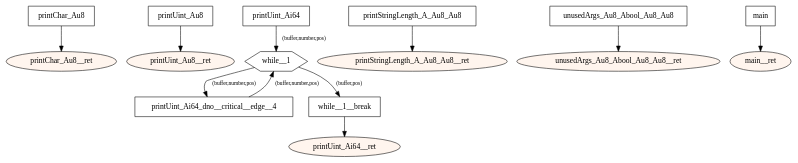
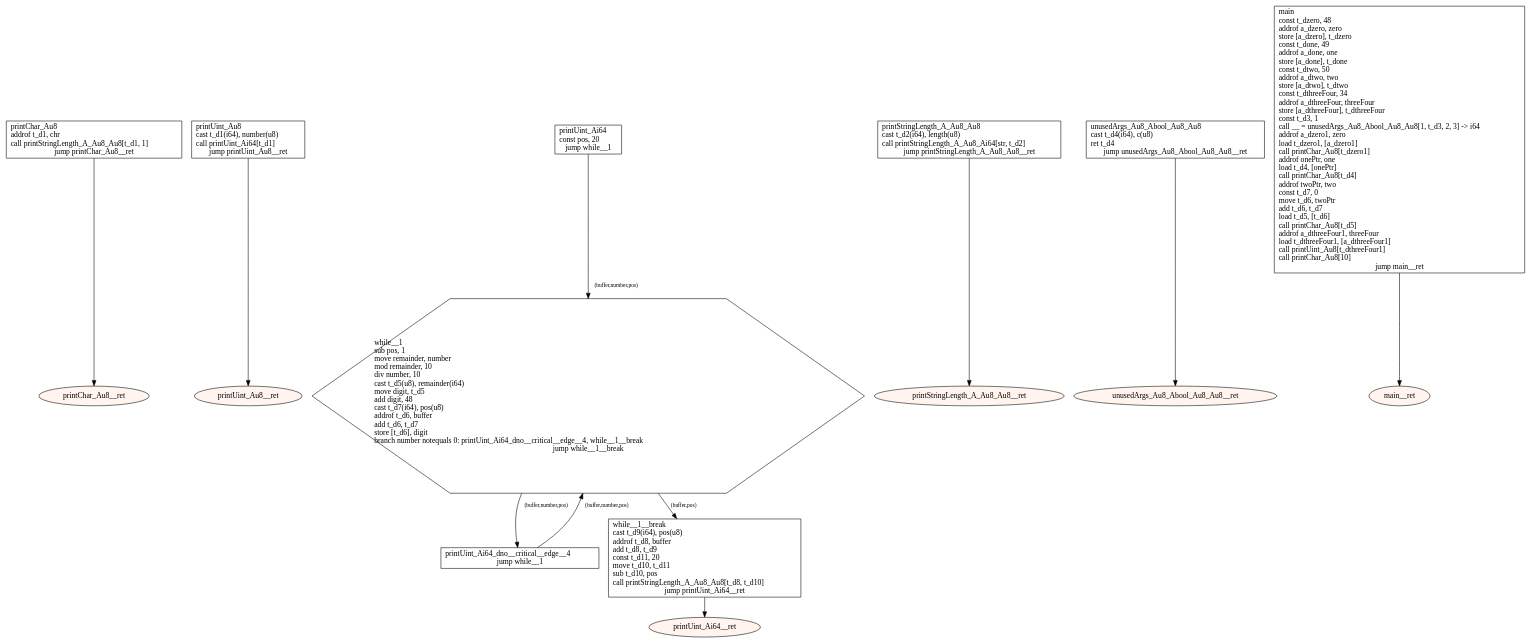
Before and after one commit to tmssngr/tinyC: the diagram in src/main/resources-test/compiler/windows/basics.dot, drawn with Graphviz. The commit also changed 23 other files, not shown here.

```diff
--- a/src/main/resources-test/compiler/windows/basics.dot
+++ b/src/main/resources-test/compiler/windows/basics.dot
@@ -1,40 +1,40 @@
 digraph program {
 	edge[fontsize="10pt"];
 	subgraph fn_printChar_Au8 {
-		BasicBlock_0_printChar_Au8 [label="printChar_Au8",shape=box];
+		BasicBlock_0_printChar_Au8 [label="printChar_Au8\laddrof t_d1, chr\lcall printStringLength_A_Au8_Au8[t_d1, 1]\ljump printChar_Au8__ret",shape=box];
 		BasicBlock_0_printChar_Au8 -> BasicBlock_0_printChar_Au8__ret;
 		BasicBlock_0_printChar_Au8__ret [label="printChar_Au8__ret",shape=oval,style=filled,fillcolor="#fff5ee"];
 	}
 	subgraph fn_printUint_Au8 {
-		BasicBlock_1_printUint_Au8 [label="printUint_Au8",shape=box];
+		BasicBlock_1_printUint_Au8 [label="printUint_Au8\lcast t_d1(i64), number(u8)\lcall printUint_Ai64[t_d1]\ljump printUint_Au8__ret",shape=box];
 		BasicBlock_1_printUint_Au8 -> BasicBlock_1_printUint_Au8__ret;
 		BasicBlock_1_printUint_Au8__ret [label="printUint_Au8__ret",shape=oval,style=filled,fillcolor="#fff5ee"];
 	}
 	subgraph fn_printUint_Ai64 {
-		BasicBlock_2_printUint_Ai64 [label="printUint_Ai64",shape=box];
+		BasicBlock_2_printUint_Ai64 [label="printUint_Ai64\lconst pos, 20\ljump while__1",shape=box];
 		BasicBlock_2_printUint_Ai64 -> BasicBlock_2_while__1 [label="(buffer,number,pos)"];
-		BasicBlock_2_printUint_Ai64_dno__critical__edge__4 [label="printUint_Ai64_dno__critical__edge__4",shape=box];
+		BasicBlock_2_printUint_Ai64_dno__critical__edge__4 [label="printUint_Ai64_dno__critical__edge__4\ljump while__1",shape=box];
 		BasicBlock_2_printUint_Ai64_dno__critical__edge__4 -> BasicBlock_2_while__1 [label="(buffer,number,pos)"];
-		BasicBlock_2_while__1 [label="while__1",shape=hexagon];
+		BasicBlock_2_while__1 [label="while__1\lsub pos, 1\lmove remainder, number\lmod remainder, 10\ldiv number, 10\lcast t_d5(u8), remainder(i64)\lmove digit, t_d5\ladd digit, 48\lcast t_d7(i64), pos(u8)\laddrof t_d6, buffer\ladd t_d6, t_d7\lstore [t_d6], digit\lbranch number notequals 0: printUint_Ai64_dno__critical__edge__4, while__1__break\ljump while__1__break",shape=hexagon];
 		BasicBlock_2_while__1 -> BasicBlock_2_printUint_Ai64_dno__critical__edge__4 [label="(buffer,number,pos)"];
 		BasicBlock_2_while__1 -> BasicBlock_2_while__1__break [label="(buffer,pos)"];
-		BasicBlock_2_while__1__break [label="while__1__break",shape=box];
+		BasicBlock_2_while__1__break [label="while__1__break\lcast t_d9(i64), pos(u8)\laddrof t_d8, buffer\ladd t_d8, t_d9\lconst t_d11, 20\lmove t_d10, t_d11\lsub t_d10, pos\lcall printStringLength_A_Au8_Au8[t_d8, t_d10]\ljump printUint_Ai64__ret",shape=box];
 		BasicBlock_2_while__1__break -> BasicBlock_2_printUint_Ai64__ret;
 		BasicBlock_2_printUint_Ai64__ret [label="printUint_Ai64__ret",shape=oval,style=filled,fillcolor="#fff5ee"];
 	}
 	subgraph fn_printStringLength_A_Au8_Au8 {
-		BasicBlock_3_printStringLength_A_Au8_Au8 [label="printStringLength_A_Au8_Au8",shape=box];
+		BasicBlock_3_printStringLength_A_Au8_Au8 [label="printStringLength_A_Au8_Au8\lcast t_d2(i64), length(u8)\lcall printStringLength_A_Au8_Ai64[str, t_d2]\ljump printStringLength_A_Au8_Au8__ret",shape=box];
 		BasicBlock_3_printStringLength_A_Au8_Au8 -> BasicBlock_3_printStringLength_A_Au8_Au8__ret;
 		BasicBlock_3_printStringLength_A_Au8_Au8__ret [label="printStringLength_A_Au8_Au8__ret",shape=oval,style=filled,fillcolor="#fff5ee"];
 	}
 	subgraph fn_unusedArgs_Au8_Abool_Au8_Au8 {
-		BasicBlock_4_unusedArgs_Au8_Abool_Au8_Au8 [label="unusedArgs_Au8_Abool_Au8_Au8",shape=box];
+		BasicBlock_4_unusedArgs_Au8_Abool_Au8_Au8 [label="unusedArgs_Au8_Abool_Au8_Au8\lcast t_d4(i64), c(u8)\lret t_d4\ljump unusedArgs_Au8_Abool_Au8_Au8__ret",shape=box];
 		BasicBlock_4_unusedArgs_Au8_Abool_Au8_Au8 -> BasicBlock_4_unusedArgs_Au8_Abool_Au8_Au8__ret;
 		BasicBlock_4_unusedArgs_Au8_Abool_Au8_Au8__ret [label="unusedArgs_Au8_Abool_Au8_Au8__ret",shape=oval,style=filled,fillcolor="#fff5ee"];
 	}
 	subgraph fn_main {
-		BasicBlock_5_main [label="main",shape=box];
+		BasicBlock_5_main [label="main\lconst t_dzero, 48\laddrof a_dzero, zero\lstore [a_dzero], t_dzero\lconst t_done, 49\laddrof a_done, one\lstore [a_done], t_done\lconst t_dtwo, 50\laddrof a_dtwo, two\lstore [a_dtwo], t_dtwo\lconst t_dthreeFour, 34\laddrof a_dthreeFour, threeFour\lstore [a_dthreeFour], t_dthreeFour\lconst t_d3, 1\lcall __ = unusedArgs_Au8_Abool_Au8_Au8[1, t_d3, 2, 3] -> i64\laddrof a_dzero1, zero\lload t_dzero1, [a_dzero1]\lcall printChar_Au8[t_dzero1]\laddrof onePtr, one\lload t_d4, [onePtr]\lcall printChar_Au8[t_d4]\laddrof twoPtr, two\lconst t_d7, 0\lmove t_d6, twoPtr\ladd t_d6, t_d7\lload t_d5, [t_d6]\lcall printChar_Au8[t_d5]\laddrof a_dthreeFour1, threeFour\lload t_dthreeFour1, [a_dthreeFour1]\lcall printUint_Au8[t_dthreeFour1]\lcall printChar_Au8[10]\ljump main__ret",shape=box];
 		BasicBlock_5_main -> BasicBlock_5_main__ret;
 		BasicBlock_5_main__ret [label="main__ret",shape=oval,style=filled,fillcolor="#fff5ee"];
 	}
 }
```
